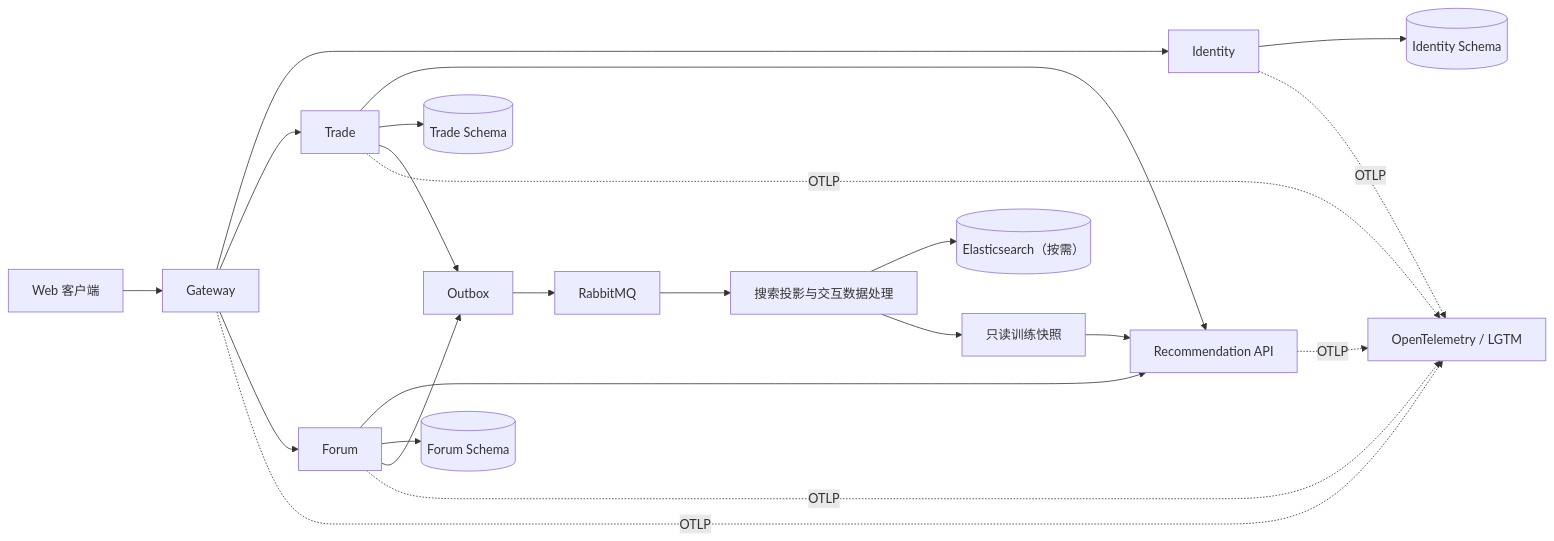
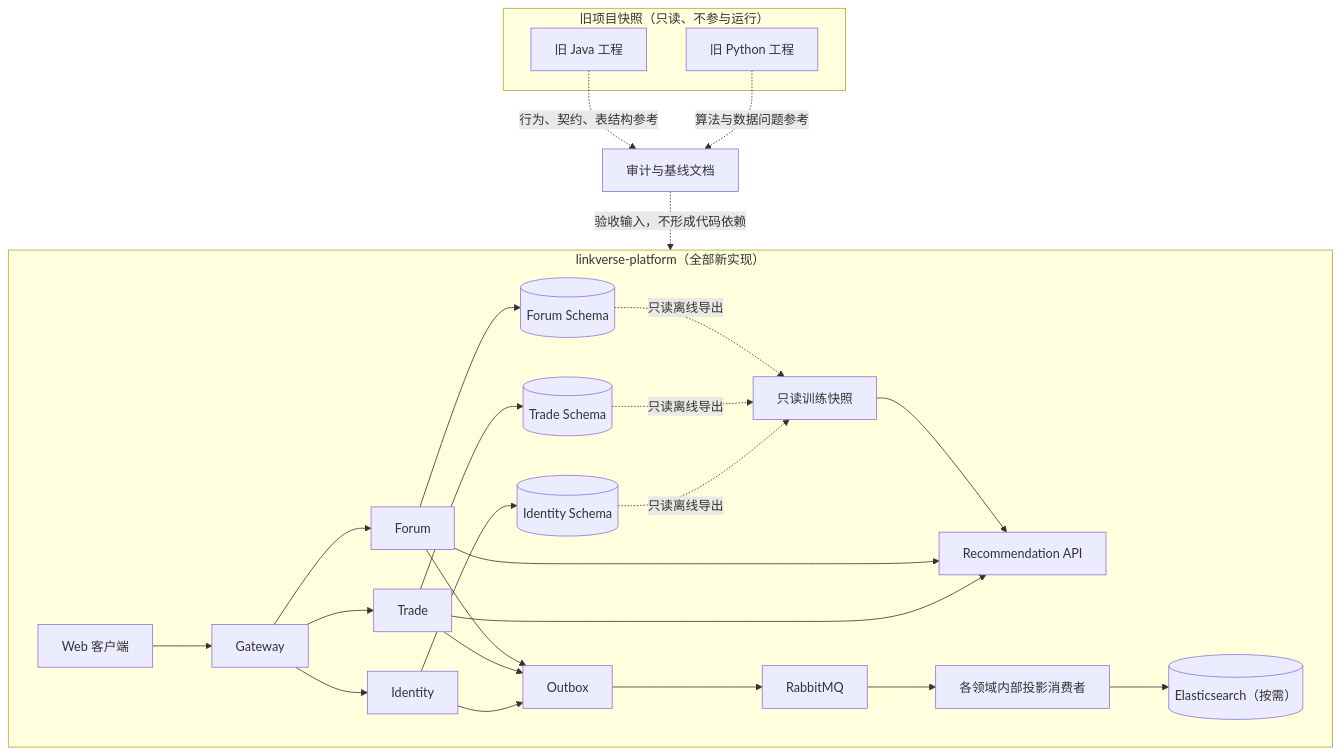
The diagram in docs/01-重构规划.md (ningningsenpai/LinkVerse), drawn with Mermaid before and after one commit. The commit also changed other lines of this file and 2 other files, not shown here.

````diff
--- a/docs/01-重构规划.md
+++ b/docs/01-重构规划.md
@@ -44,24 +95,34 @@
 ```mermaid
-flowchart LR
-    C["Web 客户端"] --> G["Gateway"]
-    G --> I["Identity"]
-    G --> T["Trade"]
-    G --> F["Forum"]
-    T --> R["Recommendation API"]
-    F --> R
-    I --> MI[("Identity Schema")]
-    T --> MT[("Trade Schema")]
-    F --> MF[("Forum Schema")]
-    T --> O["Outbox"]
-    F --> O
-    O --> MQ["RabbitMQ"]
-    MQ --> P["搜索投影与交互数据处理"]
-    P --> ES[("Elasticsearch（按需）")]
-    P --> D["只读训练快照"]
-    D --> R
-    G -. OTLP .-> OBS["OpenTelemetry / LGTM"]
-    I -. OTLP .-> OBS
-    T -. OTLP .-> OBS
-    F -. OTLP .-> OBS
-    R -. OTLP .-> OBS
+flowchart TB
+    subgraph Legacy["旧项目快照（只读、不参与运行）"]
+        LJ["旧 Java 工程"]
+        LP["旧 Python 工程"]
+    end
+
+    LJ -. "行为、契约、表结构参考" .-> B["审计与基线文档"]
+    LP -. "算法与数据问题参考" .-> B
+
+    subgraph New["linkverse-platform（全部新实现）"]
+        C["Web 客户端"] --> G["Gateway"]
+        G --> I["Identity"]
+        G --> T["Trade"]
+        G --> F["Forum"]
+        T --> R["Recommendation API"]
+        F --> R
+        I --> MI[("Identity Schema")]
+        T --> MT[("Trade Schema")]
+        F --> MF[("Forum Schema")]
+        I --> O["Outbox"]
+        T --> O
+        F --> O
+        O --> MQ["RabbitMQ"]
+        MQ --> P["各领域内部投影消费者"]
+        P --> ES[("Elasticsearch（按需）")]
+        MI -. "只读离线导出" .-> D["只读训练快照"]
+        MT -. "只读离线导出" .-> D
+        MF -. "只读离线导出" .-> D
+        D --> R
+    end
+
+    B -. "验收输入，不形成代码依赖" .-> New
 ```
````
